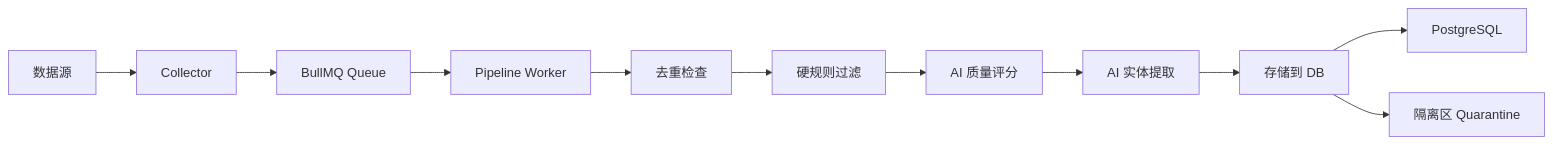
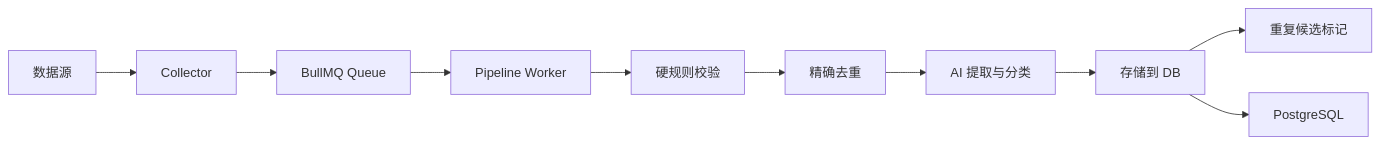
The diagram in README.md (Shadowzzh/intelli-pick), drawn with Mermaid before and after one commit. The commit also changed other lines of this file and 23 other files, not shown here.

````diff
--- a/README.md
+++ b/README.md
@@ -94,15 +94,14 @@
 ```mermaid
 graph LR
     A[数据源] --> B[Collector]
     B --> C[BullMQ Queue]
     C --> D[Pipeline Worker]
 
-    D --> E1[去重检查]
-    E1 --> E2[硬规则过滤]
-    E2 --> E3[AI 质量评分]
-    E3 --> E4[AI 实体提取]
-    E4 --> E5[存储到 DB]
+    D --> E1[硬规则校验]
+    E1 --> E2[精确去重]
+    E2 --> E3[AI 提取与分类]
+    E3 --> E4[存储到 DB]
+    E4 --> E5[重复候选标记]
 
-    E5 --> F[PostgreSQL]
-    E5 --> G[隔离区 Quarantine]
+    E4 --> F[PostgreSQL]
 ```
````
